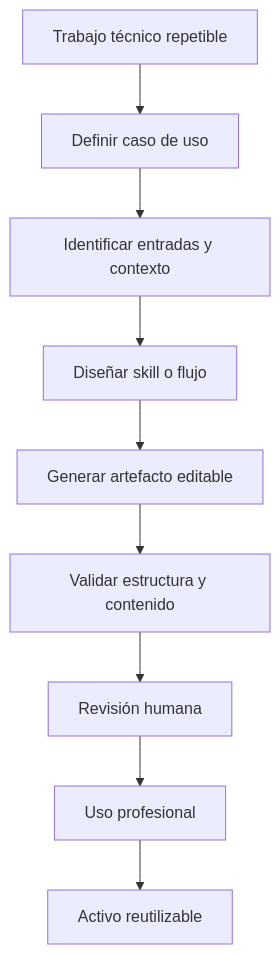
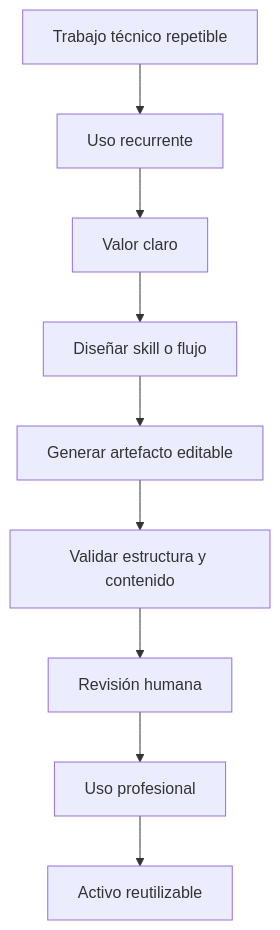
The second of 2 diagrams in README.md (fjgonzalezmgt/Codex-Skills-AI-Workflows), drawn with Mermaid before and after one commit. The commit also changed other lines of this file, not shown here.

Commit message:
Refocus skill roadmap and remove prescriptive structure

````diff
--- a/README.md
+++ b/README.md
@@ -85,11 +98,11 @@
 ```mermaid
 flowchart TD
-    A[Trabajo técnico repetible] --> B[Definir caso de uso]
-    B --> C[Identificar entradas y contexto]
+    A[Trabajo técnico repetible] --> B[Uso recurrente]
+    B --> C[Valor claro]
     C --> D[Diseñar skill o flujo]
     D --> E[Generar artefacto editable]
     E --> F[Validar estructura y contenido]
     F --> G[Revisión humana]
     G --> H[Uso profesional]
     H --> I[Activo reutilizable]
 ```
````
